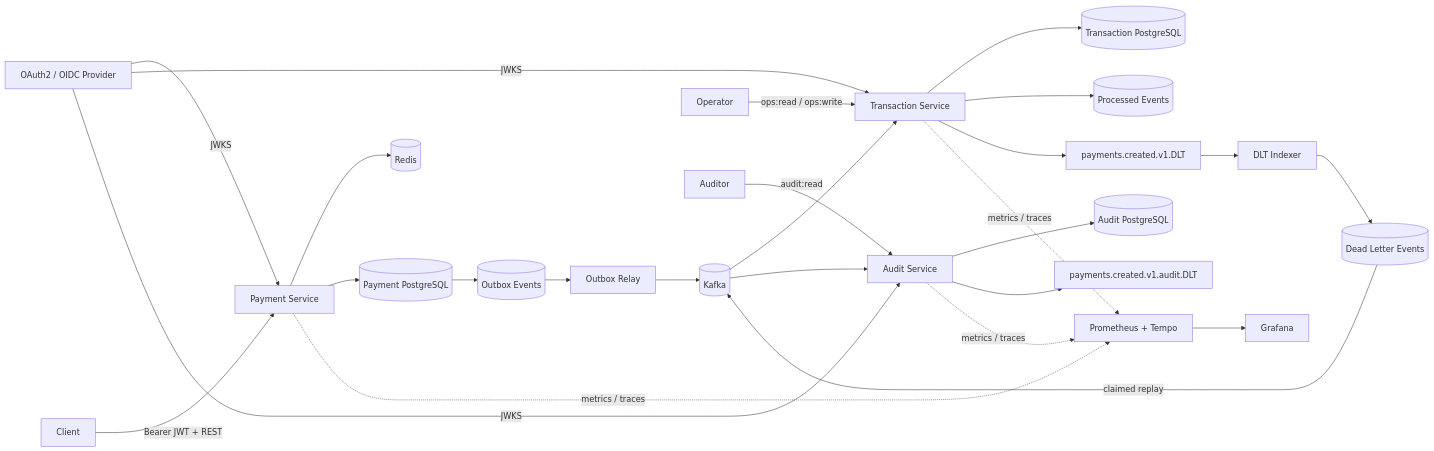
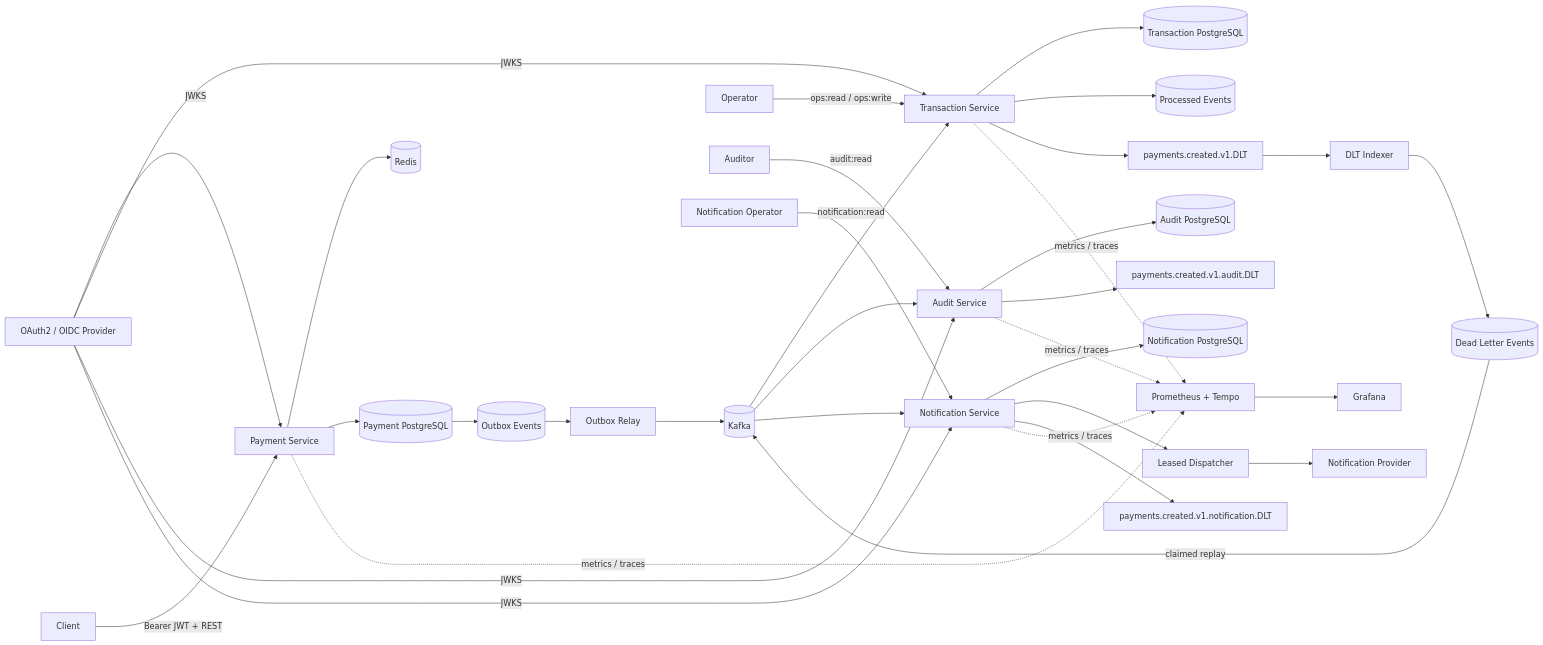
One commit to Charithaa07/Event-driven-payment-platform changed the diagram in README.md. Above: the diagram before and after it, drawn with Mermaid. The commit also changed other lines of this file and 37 other files, not shown here.

First line of the commit message:
Phase 12: add asynchronous notification service

````diff
--- a/README.md
+++ b/README.md
@@ -9,29 +9,37 @@
 ```mermaid
 flowchart LR
     IDP[OAuth2 / OIDC Provider] -->|JWKS| P[Payment Service]
     IDP -->|JWKS| T[Transaction Service]
     IDP -->|JWKS| A[Audit Service]
+    IDP -->|JWKS| N[Notification Service]
     C[Client] -->|Bearer JWT + REST| P
     P --> R[(Redis)]
     P --> PG[(Payment PostgreSQL)]
     PG --> O[(Outbox Events)]
     O --> RLY[Outbox Relay]
     RLY --> K[(Kafka)]
     K --> T
     K --> A
+    K --> N
     T --> TG[(Transaction PostgreSQL)]
     T --> PE[(Processed Events)]
     T --> DLT[payments.created.v1.DLT]
     DLT --> IDX[DLT Indexer]
     IDX --> DR[(Dead Letter Events)]
     OPS[Operator] -->|ops:read / ops:write| T
     DR -->|claimed replay| K
     A --> AG[(Audit PostgreSQL)]
     AUD[Auditor] -->|audit:read| A
     A --> ADLT[payments.created.v1.audit.DLT]
+    N --> NG[(Notification PostgreSQL)]
+    N --> DISP[Leased Dispatcher]
+    DISP --> NP[Notification Provider]
+    N --> NDLT[payments.created.v1.notification.DLT]
+    NOPS[Notification Operator] -->|notification:read| N
 
     P -. metrics / traces .-> OBS[Prometheus + Tempo]
     T -. metrics / traces .-> OBS
     A -. metrics / traces .-> OBS
+    N -. metrics / traces .-> OBS
     OBS --> G[Grafana]
 ```
````
